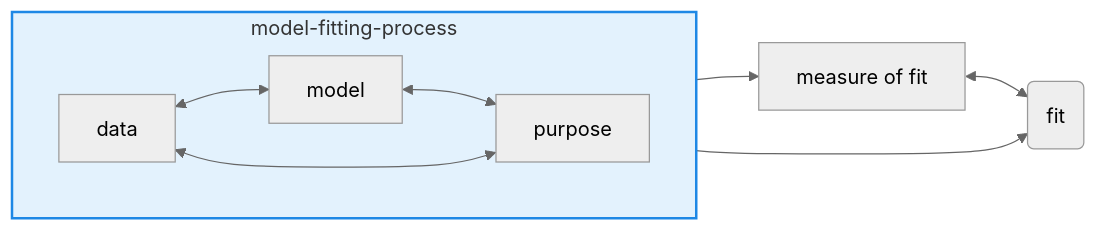
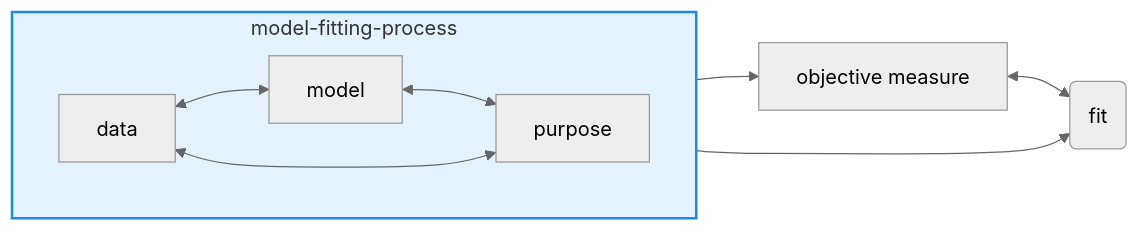
Before and after one commit to mstasinopoulos/GrossaryForDR: the sixth of 19 diagrams in Glossary of distributional regression.qmd, drawn with Mermaid (neutral theme). The commit also changed other lines of this file, not shown here.

````diff
--- a/Glossary of distributional regression.qmd
+++ b/Glossary of distributional regression.qmd
@@ -1655,19 +1721,19 @@
 ```{mermaid}
 %%| fig-width: 2
 %%| label: fig-fit
 %%| fig-cap: "The model fitting process needs both data and model which to conform with the purpose of the study  "
 flowchart LR
   subgraph model-fitting-process
    style model-fitting-process fill:#e3f2fd,stroke:#1e88e5,stroke-width:2px
     direction LR
     D[data]
     M[model]
     P[purpose]
   end
   D <--> M
   P <--> D
   M <--> P
   P --> Q
   M --> F(fit)
-Q[measure of fit] <--> F
+Q[objective measure] <--> F
 ```
````
